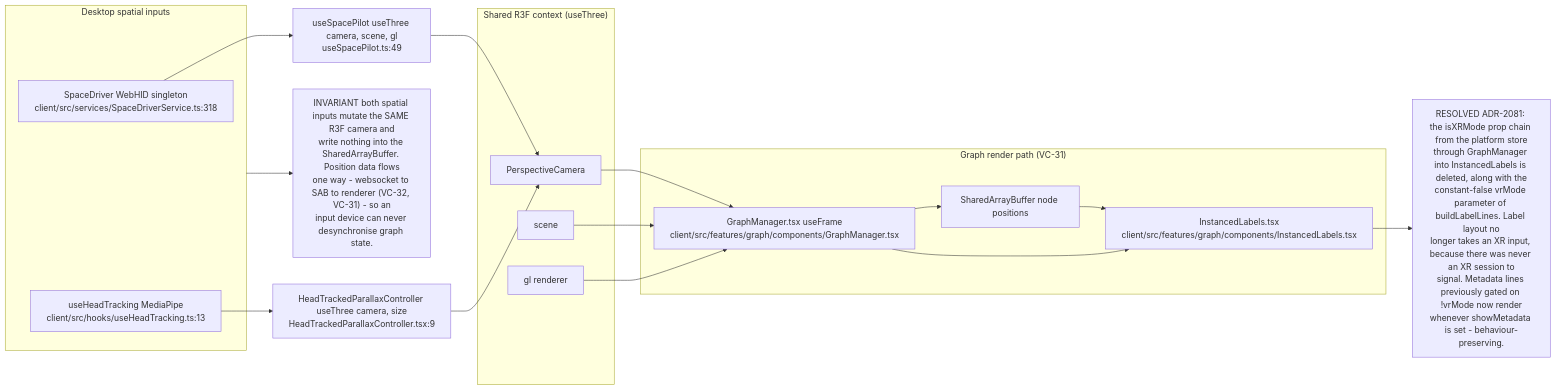
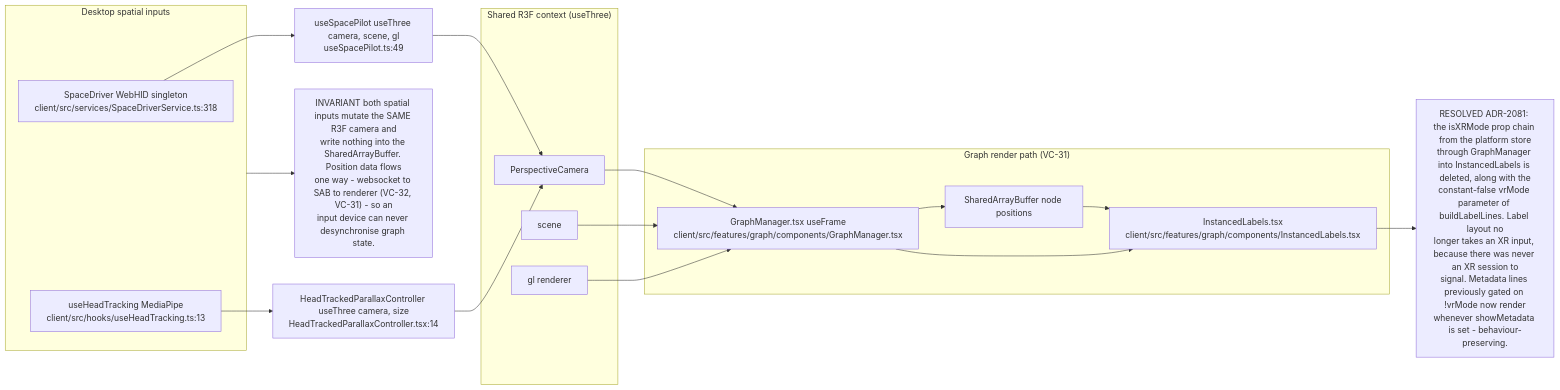
One commit to DreamLab-AI/AR-AI-Knowledge-Graph changed the seventh of 8 diagrams in docs/diagrams/visionclaw/37-browser-xr-and-desktop-input.md. Above: the diagram before and after it, drawn with Mermaid. The commit also changed other lines of this file and 73 other files, not shown here.

First line of the commit message:
docs(diagrams): re-verify all 71 topic files against HEAD; add --cite-check

````diff
--- a/docs/diagrams/visionclaw/37-browser-xr-and-desktop-input.md
+++ b/docs/diagrams/visionclaw/37-browser-xr-and-desktop-input.md
@@ -291,29 +291,29 @@
 ```mermaid
 flowchart LR
     subgraph inputs["Desktop spatial inputs"]
         SP["SpaceDriver WebHID singleton<br/>client/src/services/SpaceDriverService.ts:318"]
         HT["useHeadTracking MediaPipe<br/>client/src/hooks/useHeadTracking.ts:13"]
     end
     subgraph r3f["Shared R3F context (useThree)"]
         CAM["PerspectiveCamera"]
         SCN["scene"]
         GL["gl renderer"]
     end
     subgraph graph["Graph render path (VC-31)"]
         GMx["GraphManager.tsx useFrame<br/>client/src/features/graph/components/GraphManager.tsx"]
         SAB["SharedArrayBuffer node positions"]
         ILx["InstancedLabels.tsx<br/>client/src/features/graph/components/InstancedLabels.tsx"]
     end
     SP --> HKx["useSpacePilot useThree camera, scene, gl<br/>useSpacePilot.ts:49"] --> CAM
-    HT --> HPCx["HeadTrackedParallaxController useThree camera, size<br/>HeadTrackedParallaxController.tsx:9"] --> CAM
+    HT --> HPCx["HeadTrackedParallaxController useThree camera, size<br/>HeadTrackedParallaxController.tsx:14"] --> CAM
     CAM --> GMx
     SCN --> GMx
     GL --> GMx
     GMx --> SAB
     SAB --> ILx
     GMx --> ILx
     ILx --> NOTE1
     NOTE1["RESOLVED ADR-2081: the isXRMode prop chain from the platform store<br/>through GraphManager into InstancedLabels is deleted, along with the<br/>constant-false vrMode parameter of buildLabelLines. Label layout no<br/>longer takes an XR input, because there was never an XR session to<br/>signal. Metadata lines previously gated on !vrMode now render<br/>whenever showMetadata is set - behaviour-preserving."]
     inputs --> NOTE2
     NOTE2["INVARIANT both spatial inputs mutate the SAME R3F camera and<br/>write nothing into the SharedArrayBuffer. Position data flows<br/>one way - websocket to SAB to renderer (VC-32, VC-31) - so an<br/>input device can never desynchronise graph state."]
 ```
````
